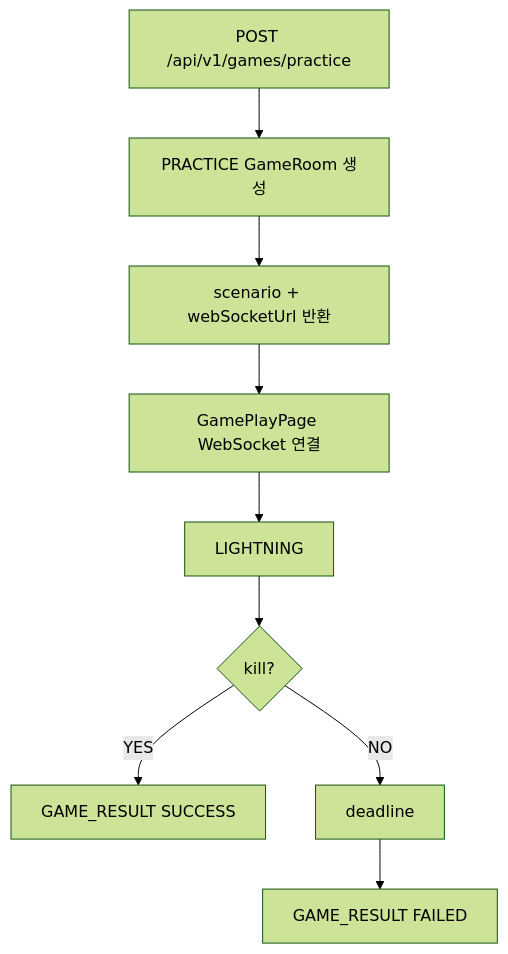
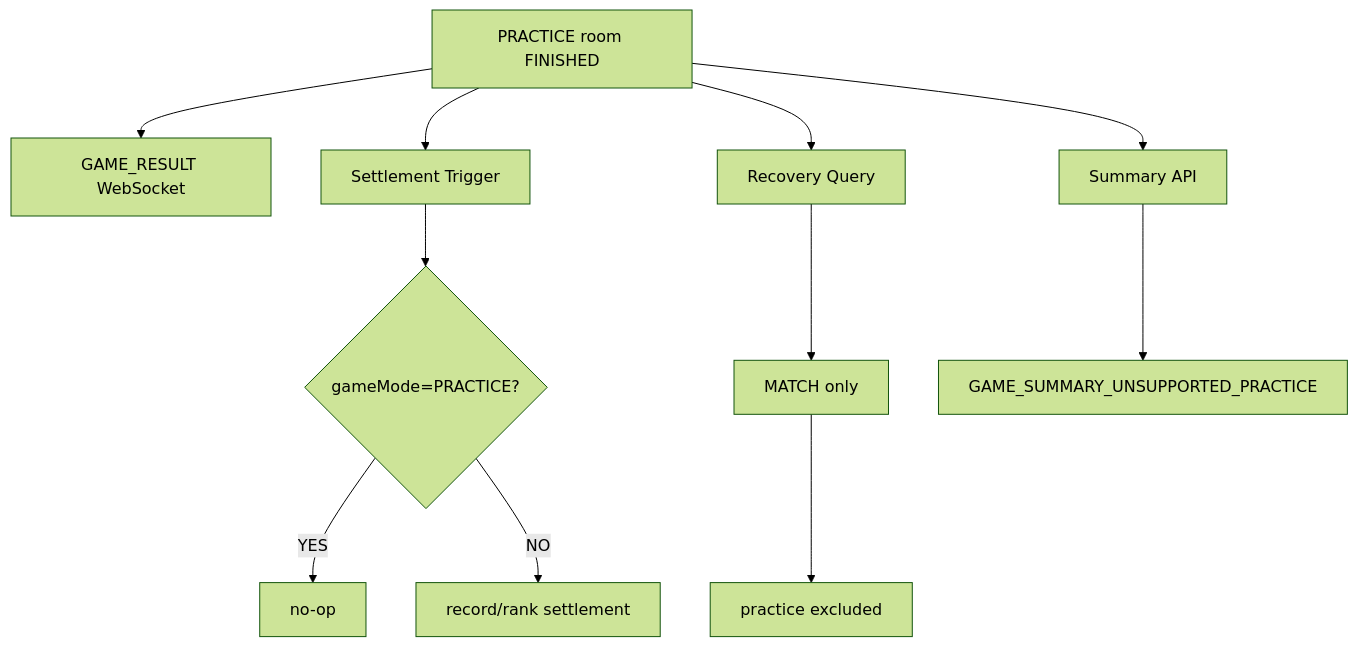
One commit to moonwhistle/League-of-Star changed the fourth of 4 diagrams in docs/antigravity/backend/issue-120-practice-mode-api.md. Above: the diagram before and after it, drawn with Mermaid (forest theme). The commit also changed other lines of this file, not shown here.

````diff
--- a/docs/antigravity/backend/issue-120-practice-mode-api.md
+++ b/docs/antigravity/backend/issue-120-practice-mode-api.md
@@ -382,11 +450,13 @@
 ```mermaid
 flowchart TD
-    A["POST /api/v1/games/practice"] --> B["PRACTICE GameRoom 생성"]
-    B --> C["scenario + webSocketUrl 반환"]
-    C --> D["GamePlayPage WebSocket 연결"]
-    D --> E["LIGHTNING"]
-    E --> F{"kill?"}
-    F -->|YES| G["GAME_RESULT SUCCESS"]
-    F -->|NO| H["deadline"]
-    H --> I["GAME_RESULT FAILED"]
+    A["PRACTICE room FINISHED"] --> B["GAME_RESULT WebSocket"]
+    A --> C["Settlement Trigger"]
+    C --> D{"gameMode=PRACTICE?"}
+    D -->|YES| E["no-op"]
+    D -->|NO| F["record/rank settlement"]
+    A --> G["Recovery Query"]
+    G --> H["MATCH only"]
+    H --> I["practice excluded"]
+    A --> J["Summary API"]
+    J --> K["GAME_SUMMARY_UNSUPPORTED_PRACTICE"]
 ```
````
